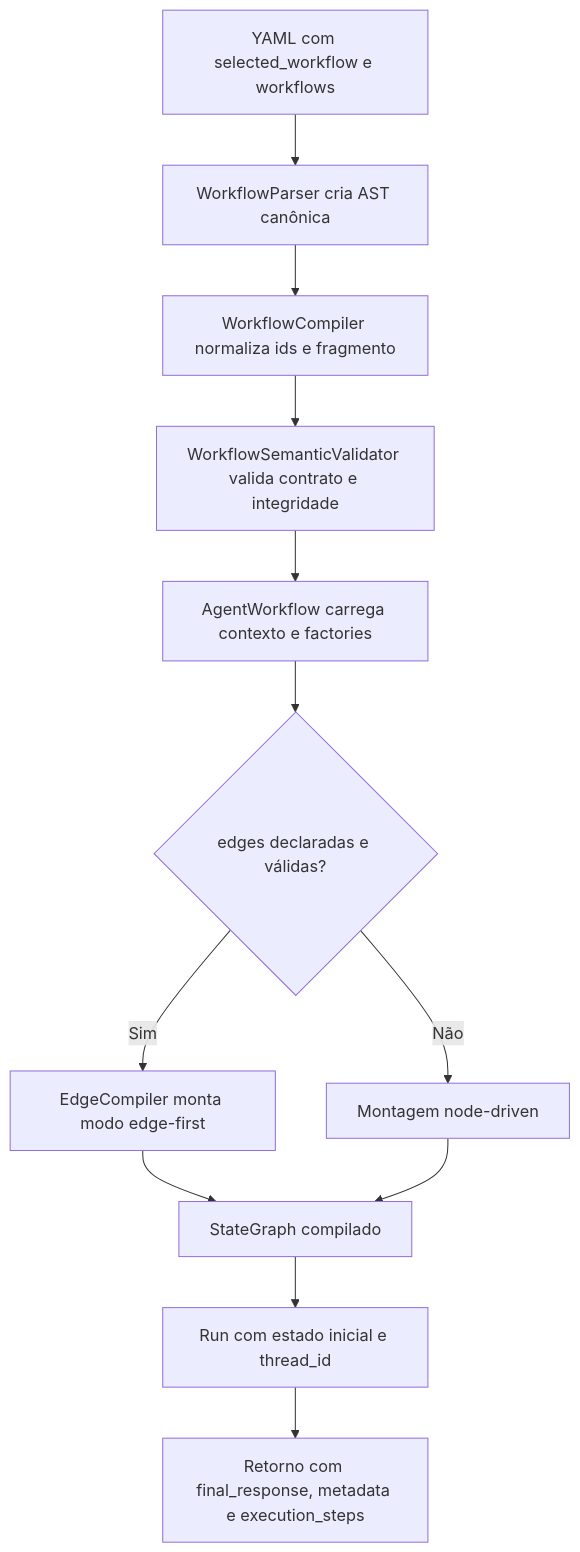
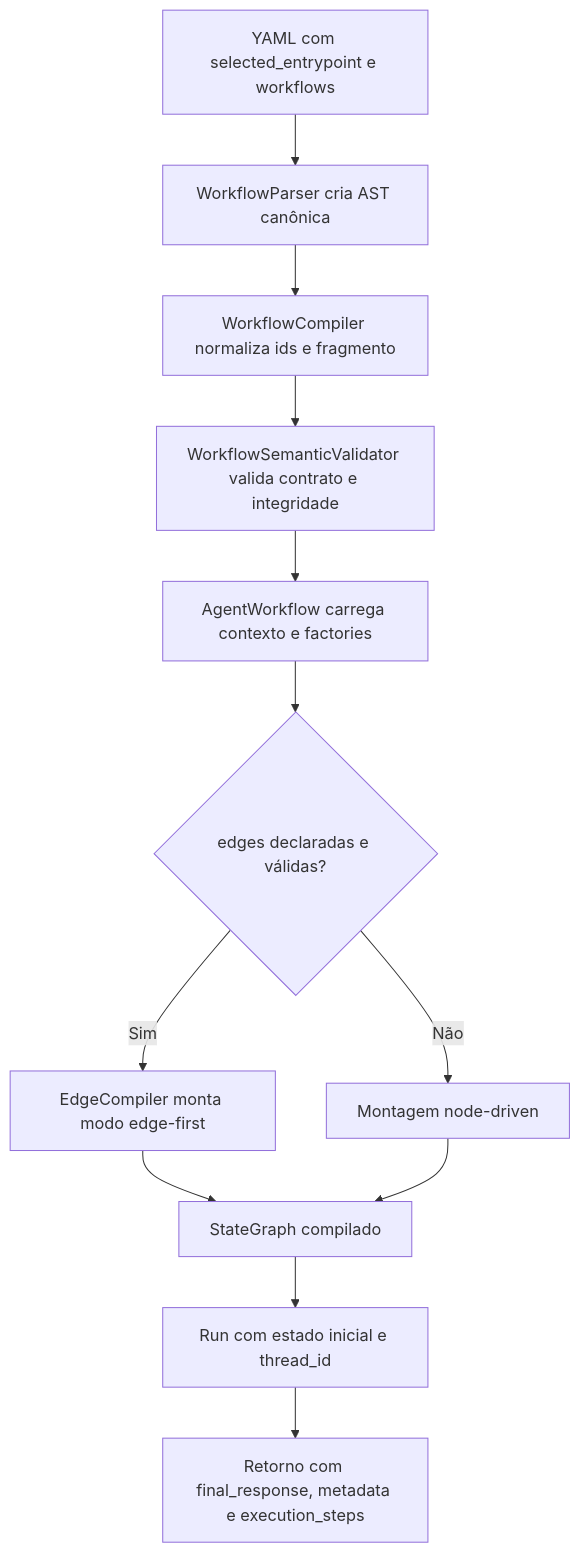
The diagram in assets/diagrams/docs-readme-agente-workflow-diagrama-01.mmd (mrctito/plataforma_agentes_negocio_docs), drawn with Mermaid before and after one commit. The commit also changed 60 other files, not shown here.

```diff
--- a/assets/diagrams/docs-readme-agente-workflow-diagrama-01.mmd
+++ b/assets/diagrams/docs-readme-agente-workflow-diagrama-01.mmd
@@ -1,12 +1,12 @@
 flowchart TD
-    A["YAML com selected_workflow e workflows"] --> B["WorkflowParser cria AST canônica"]
+    A["YAML com selected_entrypoint e workflows"] --> B["WorkflowParser cria AST canônica"]
     B --> C["WorkflowCompiler normaliza ids e fragmento"]
     C --> D["WorkflowSemanticValidator valida contrato e integridade"]
     D --> E["AgentWorkflow carrega contexto e factories"]
     E --> F{"edges declaradas e válidas?"}
     F -- Sim --> G["EdgeCompiler monta modo edge-first"]
     F -- Não --> H["Montagem node-driven"]
     G --> I["StateGraph compilado"]
     H --> I
     I --> J["Run com estado inicial e thread_id"]
     J --> K["Retorno com final_response, metadata e execution_steps"]
```
